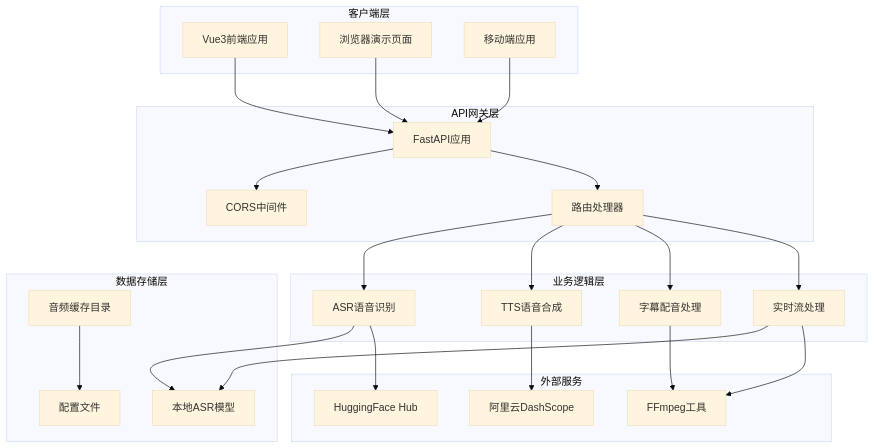
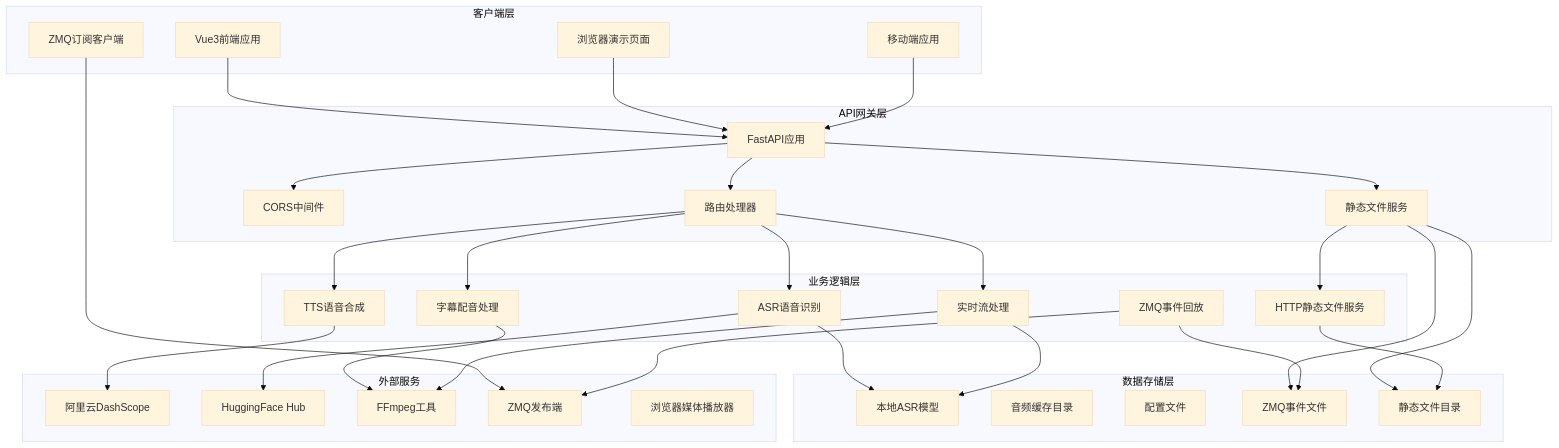
One commit to 1024dashen/Vue3Speech changed the third of 10 diagrams in .qoder/repowiki/zh/content/后端服务架构/FastAPI服务设计.md. Above: the diagram before and after it, drawn with Mermaid (base theme). The commit also changed other lines of this file and 15 other files, not shown here.

````diff
--- a/.qoder/repowiki/zh/content/后端服务架构/FastAPI服务设计.md
+++ b/.qoder/repowiki/zh/content/后端服务架构/FastAPI服务设计.md
@@ -123,45 +150,60 @@
 ```mermaid
 graph TB
 subgraph "客户端层"
 A[Vue3前端应用]
 B[浏览器演示页面]
 C[移动端应用]
+D[ZMQ订阅客户端]
 end
 subgraph "API网关层"
-D[FastAPI应用]
-E[CORS中间件]
-F[路由处理器]
+E[FastAPI应用]
+F[CORS中间件]
+G[路由处理器]
+H[静态文件服务]
 end
 subgraph "业务逻辑层"
-G[ASR语音识别]
-H[TTS语音合成]
-I[字幕配音处理]
-J[实时流处理]
+I[ASR语音识别]
+J[TTS语音合成]
+K[字幕配音处理]
+L[实时流处理]
+M[ZMQ事件回放]
+N[HTTP静态文件服务]
 end
 subgraph "数据存储层"
-K[本地ASR模型]
-L[音频缓存目录]
-M[配置文件]
+O[本地ASR模型]
+P[音频缓存目录]
+Q[配置文件]
+R[ZMQ事件文件]
+S[静态文件目录]
 end
 subgraph "外部服务"
-N[阿里云DashScope]
-O[HuggingFace Hub]
-P[FFmpeg工具]
+T[阿里云DashScope]
+U[HuggingFace Hub]
+V[FFmpeg工具]
+W[ZMQ发布端]
+X[浏览器媒体播放器]
 end
-A --> D
-B --> D
-C --> D
-D --> E
-D --> F
-F --> G
-F --> H
-F --> I
-F --> J
+A --> E
+B --> E
+C --> E
+D --> W
+E --> F
+E --> G
+E --> H
+G --> I
+G --> J
 G --> K
-G --> O
+G --> L
 H --> N
-I --> P
-J --> K
-J --> P
-L --> M
+H --> R
+H --> S
+I --> O
+I --> U
+J --> T
+K --> V
+L --> O
+L --> V
+M --> R
+M --> W
+N --> S
 ```
````
